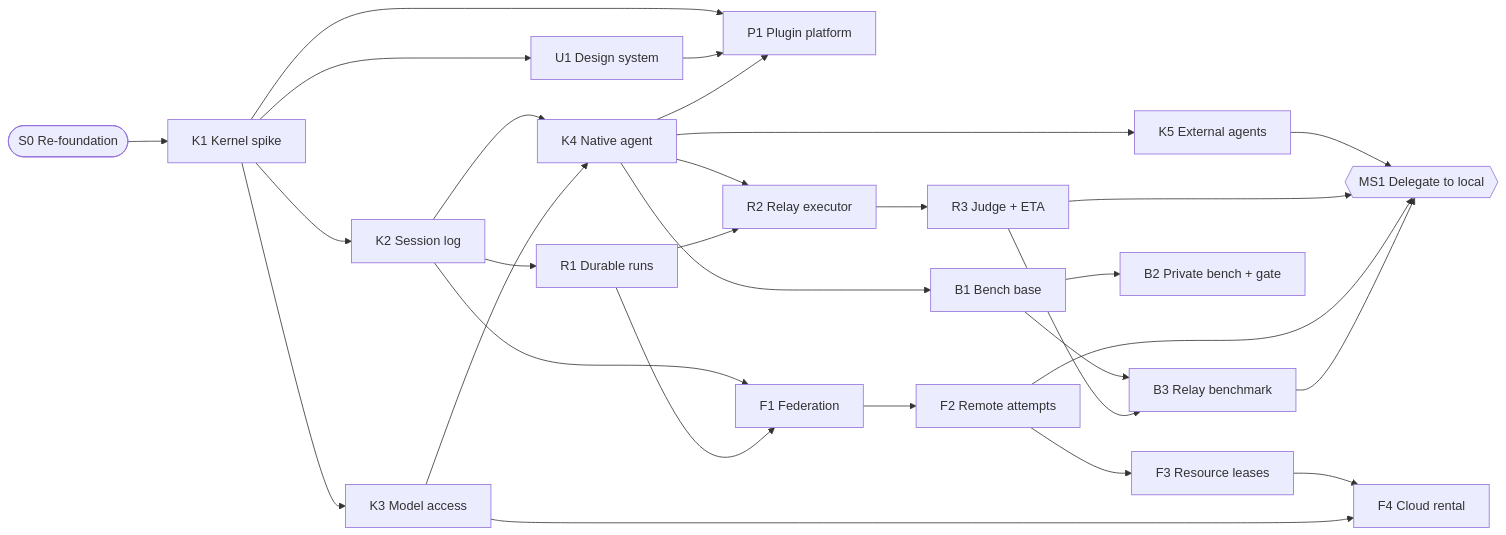
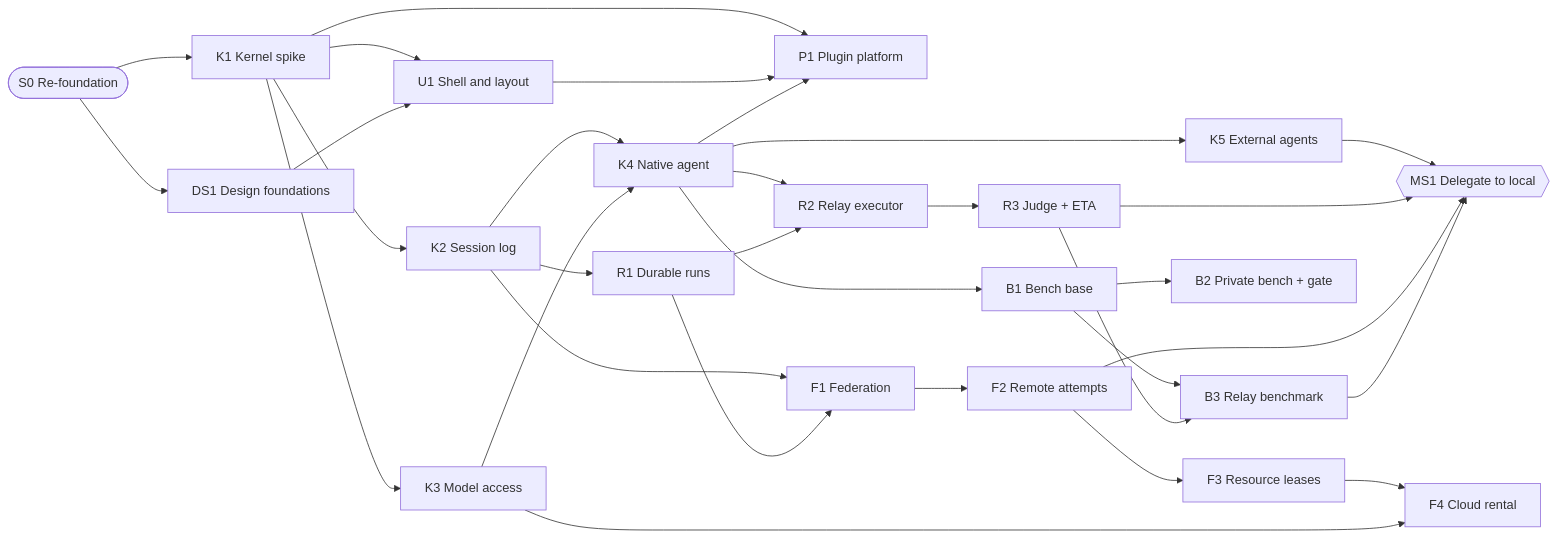
One commit to MattoYuzuru/Guanxi changed the diagram in docs/plans/ROADMAP.md. Above: the diagram before and after it, drawn with Mermaid. The commit also changed other lines of this file and 21 other files, not shown here.

First line of the commit message:
docs(design): add the Guanxi design system and agent browser

````diff
--- a/docs/plans/ROADMAP.md
+++ b/docs/plans/ROADMAP.md
@@ -15,15 +15,16 @@
 ```mermaid
 flowchart LR
-  S0([S0 Re-foundation]) --> K1[K1 Kernel spike]
-  K1 --> K2[K2 Session log] & K3[K3 Model access] & U1[U1 Design system]
+  S0([S0 Re-foundation]) --> K1[K1 Kernel spike] & DS1[DS1 Design foundations]
+  K1 --> K2[K2 Session log] & K3[K3 Model access]
+  K1 & DS1 --> U1[U1 Shell and layout]
   K2 & K3 --> K4[K4 Native agent]
   K1 & U1 & K4 --> P1[P1 Plugin platform]
   K4 --> K5[K5 External agents]
   K2 --> R1[R1 Durable runs]
   K4 & R1 --> R2[R2 Relay executor] --> R3[R3 Judge + ETA]
   K2 & R1 --> F1[F1 Federation] --> F2[F2 Remote attempts] --> F3[F3 Resource leases] --> F4[F4 Cloud rental]
   K3 --> F4
   K4 --> B1[B1 Bench base] --> B2[B2 Private bench + gate]
   B1 & R3 --> B3[B3 Relay benchmark]
   K5 & R3 & F2 & B3 --> MS1{{MS1 Delegate to local}}
 ```
````
